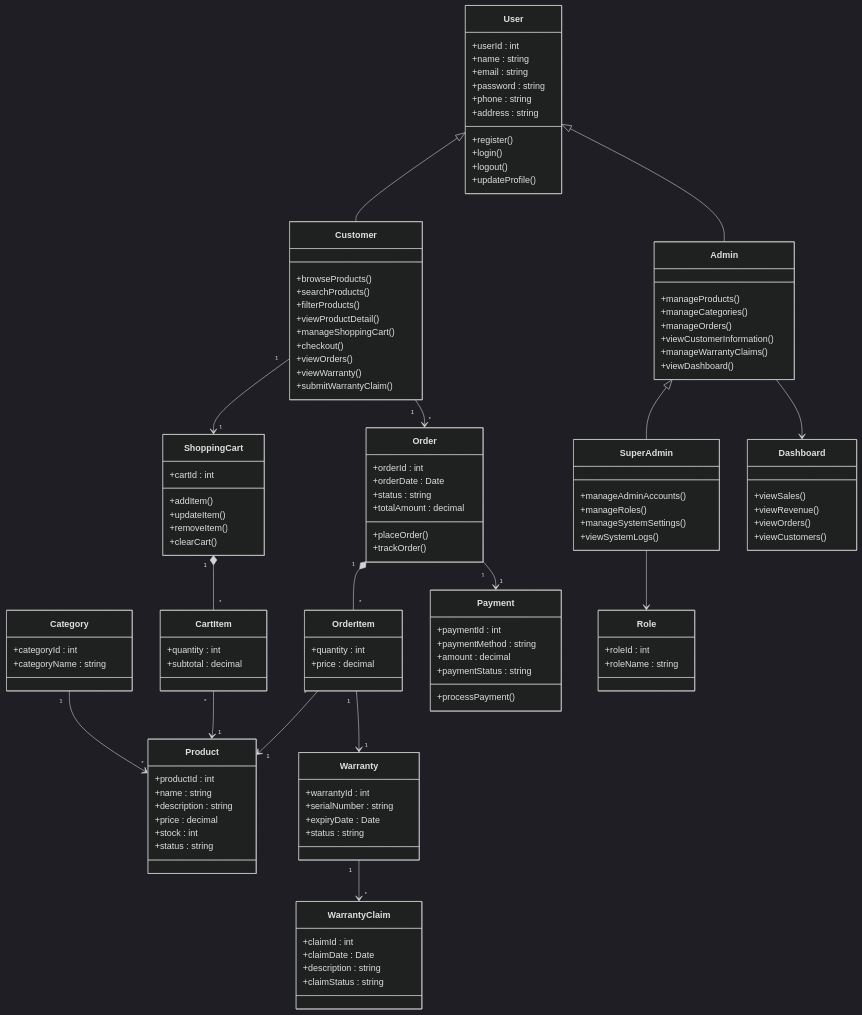
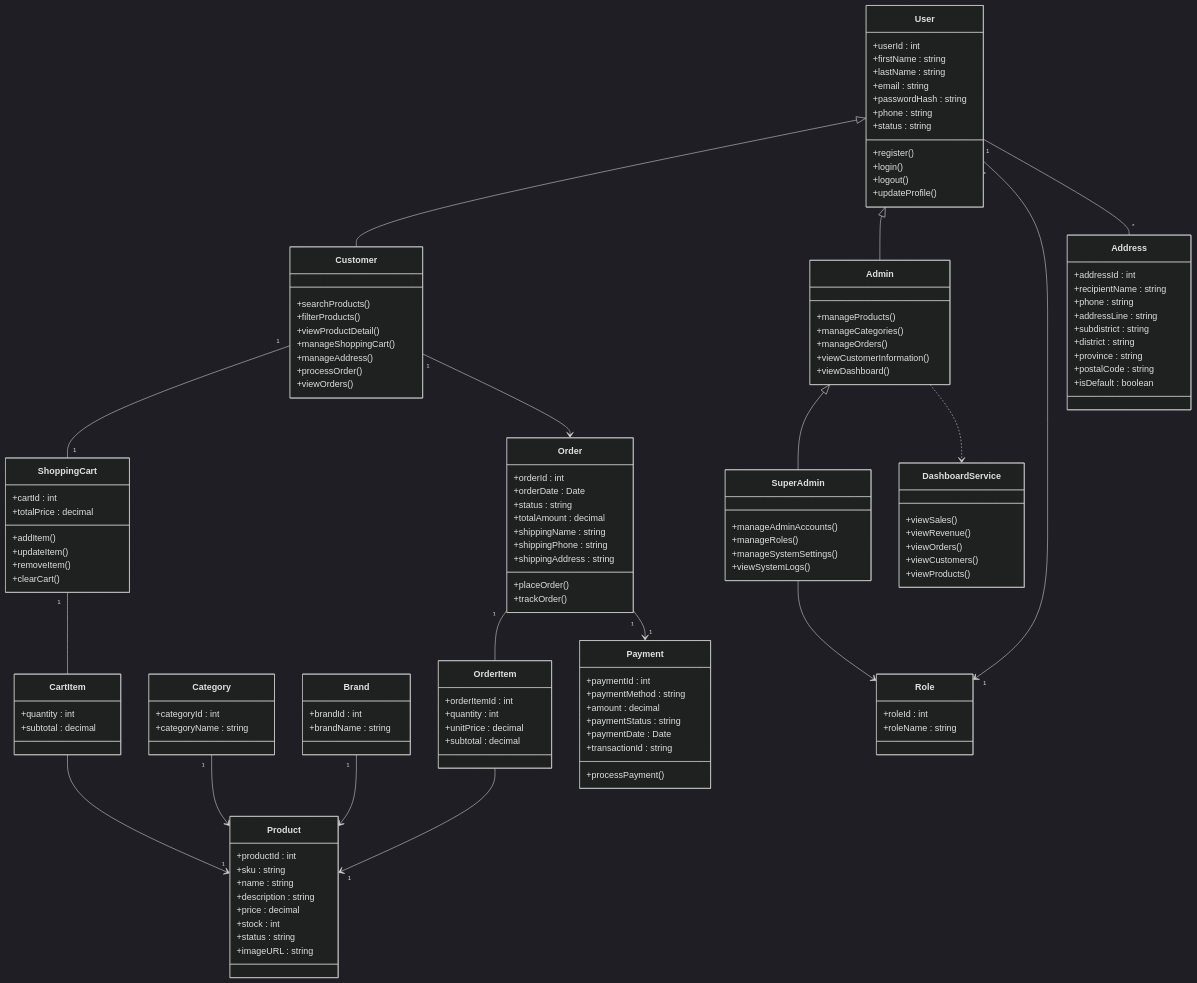
Before and after one commit to Best-Boun/workshop: the second of 2 diagrams in README.md, drawn with Mermaid (dark theme). The commit also changed other lines of this file and 19 other files, not shown here.

````diff
--- a/README.md
+++ b/README.md
@@ -201,230 +219,132 @@
-```mermaid
+<div class="mermaid">
 classDiagram
-
-%% =================================
-%% USER
-%% =================================
-
 class User{
 +userId : int
-+name : string
++firstName : string
++lastName : string
 +email : string
-+password : string
++passwordHash : string
 +phone : string
-+address : string
-
++status : string
 +register()
 +login()
 +logout()
 +updateProfile()
 }
-
 class Customer{
-+browseProducts()
 +searchProducts()
 +filterProducts()
 +viewProductDetail()
-
 +manageShoppingCart()
-
-+checkout()
++manageAddress()
++processOrder()
 +viewOrders()
-
-+viewWarranty()
-+submitWarrantyClaim()
 }
-
 class Admin{
 +manageProducts()
 +manageCategories()
 +manageOrders()
 +viewCustomerInformation()
-+manageWarrantyClaims()
 +viewDashboard()
 }
-
 class SuperAdmin{
 +manageAdminAccounts()
 +manageRoles()
 +manageSystemSettings()
 +viewSystemLogs()
 }
-
 User <|-- Customer
 User <|-- Admin
 Admin <|-- SuperAdmin
-
-%% =================================
-%% PRODUCT
-%% =================================
-
+class Role{
++roleId : int
++roleName : string
+}
+User "*" --> "1" Role
+class Address{
++addressId : int
++recipientName : string
++phone : string
++addressLine : string
++subdistrict : string
++district : string
++province : string
++postalCode : string
++isDefault : boolean
+}
+User "1" -- "*" Address
 class Product{
-
 +productId : int
++sku : string
 +name : string
 +description : string
 +price : decimal
 +stock : int
 +status : string
-
++imageURL : string
 }
-
 class Category{
-
 +categoryId : int
 +categoryName : string
-
 }
-
-Category "1" --> "*" Product
-
-%% =================================
-%% SHOPPING CART
-%% =================================
-
+class Brand{
++brandId : int
++brandName : string
+}
+Category "1" --> "" Product
+Brand "1" --> "" Product
 class ShoppingCart{
-
 +cartId : int
-
++totalPrice : decimal
 +addItem()
-
 +updateItem()
-
 +removeItem()
-
 +clearCart()
-
 }
-
 class CartItem{
-
 +quantity : int
-
 +subtotal : decimal
-
 }
-
-Customer "1" --> "1" ShoppingCart
-
-ShoppingCart "1" *-- "*" CartItem
-
-CartItem "*" --> "1" Product
-
-%% =================================
-%% ORDER
-%% =================================
-
+Customer "1" -- "1" ShoppingCart
+ShoppingCart "1" -- "" CartItem
+CartItem "" --> "1" Product
 class Order{
-
 +orderId : int
-
 +orderDate : Date
-
 +status : string
-
 +totalAmount : decimal
-
++shippingName : string
++shippingPhone : string
++shippingAddress : string
 +placeOrder()
-
 +trackOrder()
-
 }
-
 class OrderItem{
-
++orderItemId : int
 +quantity : int
-
-+price : decimal
-
++unitPrice : decimal
++subtotal : decimal
 }
-
-Customer "1" --> "*" Order
-
-Order "1" *-- "*" OrderItem
-
-OrderItem "*" --> "1" Product
-
-%% =================================
-%% PAYMENT
-%% =================================
-
+Customer "1" --> "" Order
+Order "1" -- "" OrderItem
+OrderItem "" --> "1" Product
 class Payment{
-
 +paymentId : int
-
 +paymentMethod : string
-
 +amount : decimal
-
 +paymentStatus : string
-
++paymentDate : Date
++transactionId : string
 +processPayment()
-
 }
-
 Order "1" --> "1" Payment
-
-%% =================================
-%% WARRANTY
-%% =================================
-
-class Warranty{
-
-+warrantyId : int
-
-+serialNumber : string
-
-+expiryDate : Date
-
-+status : string
-
+class DashboardService{
++viewSales()
++viewRevenue()
++viewOrders()
++viewCustomers()
++viewProducts()
 }
-
-class WarrantyClaim{
-
-+claimId : int
-
-+claimDate : Date
-
-+description : string
-
-+claimStatus : string
-
-}
-
-OrderItem "1" --> "1" Warranty
-
-Warranty "1" --> "*" WarrantyClaim
-
-%% =================================
-%% DASHBOARD
-%% =================================
-
-class Dashboard{
-
-+viewSales()
-
-+viewRevenue()
-
-+viewOrders()
-
-+viewCustomers()
-
-}
-
-Admin --> Dashboard
-
-%% =================================
-%% ROLE
-%% =================================
-
-class Role{
-
-+roleId : int
-
-+roleName : string
-
-}
-
+Admin ..> DashboardService
 SuperAdmin --> Role
-```
+</div>
````
